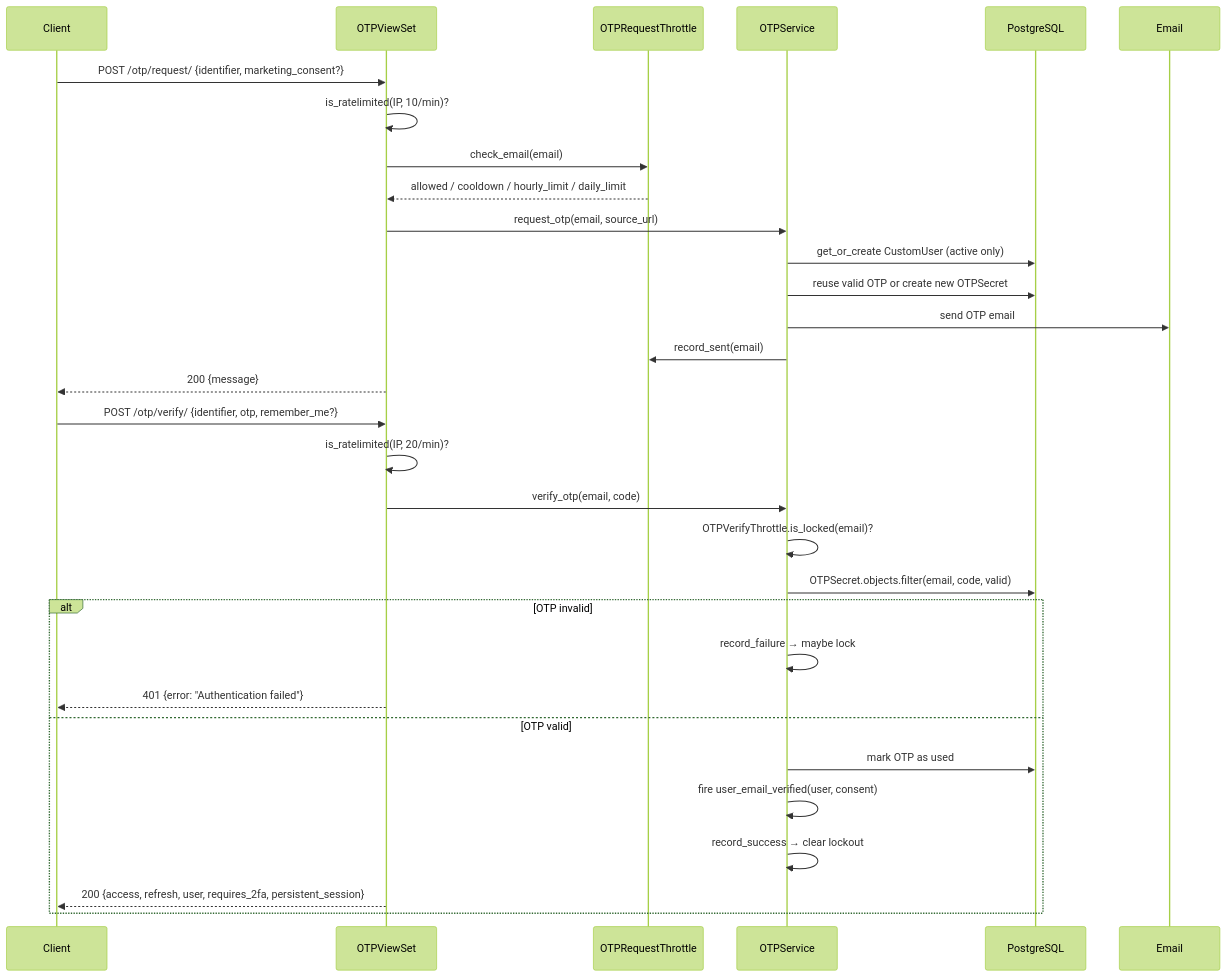
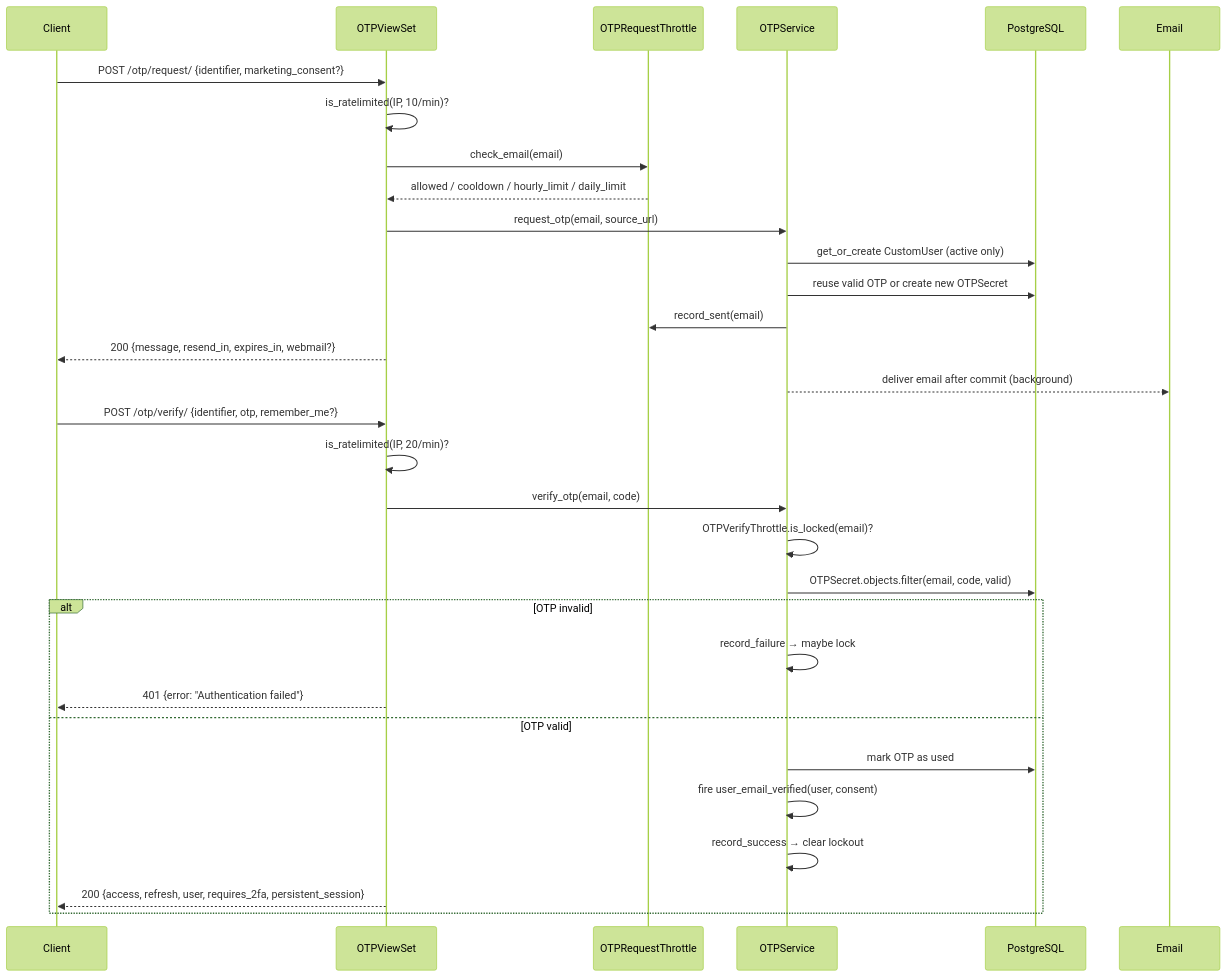
Before and after one commit to markolofsen/django-cfg: the first of 2 diagrams in docs/features/built-in-apps/user-management/accounts/otp.mdx, drawn with Mermaid (forest theme). The commit also changed other lines of this file and 15 other files, not shown here.

````diff
--- a/docs/features/built-in-apps/user-management/accounts/otp.mdx
+++ b/docs/features/built-in-apps/user-management/accounts/otp.mdx
@@ -14,35 +14,35 @@
 ```mermaid
 sequenceDiagram
     participant C as Client
     participant V as OTPViewSet
     participant T as OTPRequestThrottle
     participant S as OTPService
     participant DB as PostgreSQL
     participant E as Email
 
     C->>V: POST /otp/request/ {identifier, marketing_consent?}
     V->>V: is_ratelimited(IP, 10/min)?
     V->>T: check_email(email)
     T-->>V: allowed / cooldown / hourly_limit / daily_limit
     V->>S: request_otp(email, source_url)
     S->>DB: get_or_create CustomUser (active only)
     S->>DB: reuse valid OTP or create new OTPSecret
-    S->>E: send OTP email
     S->>T: record_sent(email)
-    V-->>C: 200 {message}
+    V-->>C: 200 {message, resend_in, expires_in, webmail?}
+    S-->>E: deliver email after commit (background)
 
     C->>V: POST /otp/verify/ {identifier, otp, remember_me?}
     V->>V: is_ratelimited(IP, 20/min)?
     V->>S: verify_otp(email, code)
     S->>S: OTPVerifyThrottle.is_locked(email)?
     S->>DB: OTPSecret.objects.filter(email, code, valid)
     alt OTP invalid
         S->>S: record_failure → maybe lock
         V-->>C: 401 {error: "Authentication failed"}
     else OTP valid
         S->>DB: mark OTP as used
         S->>S: fire user_email_verified(user, consent)
         S->>S: record_success → clear lockout
         V-->>C: 200 {access, refresh, user, requires_2fa, persistent_session}
     end
 ```
````
